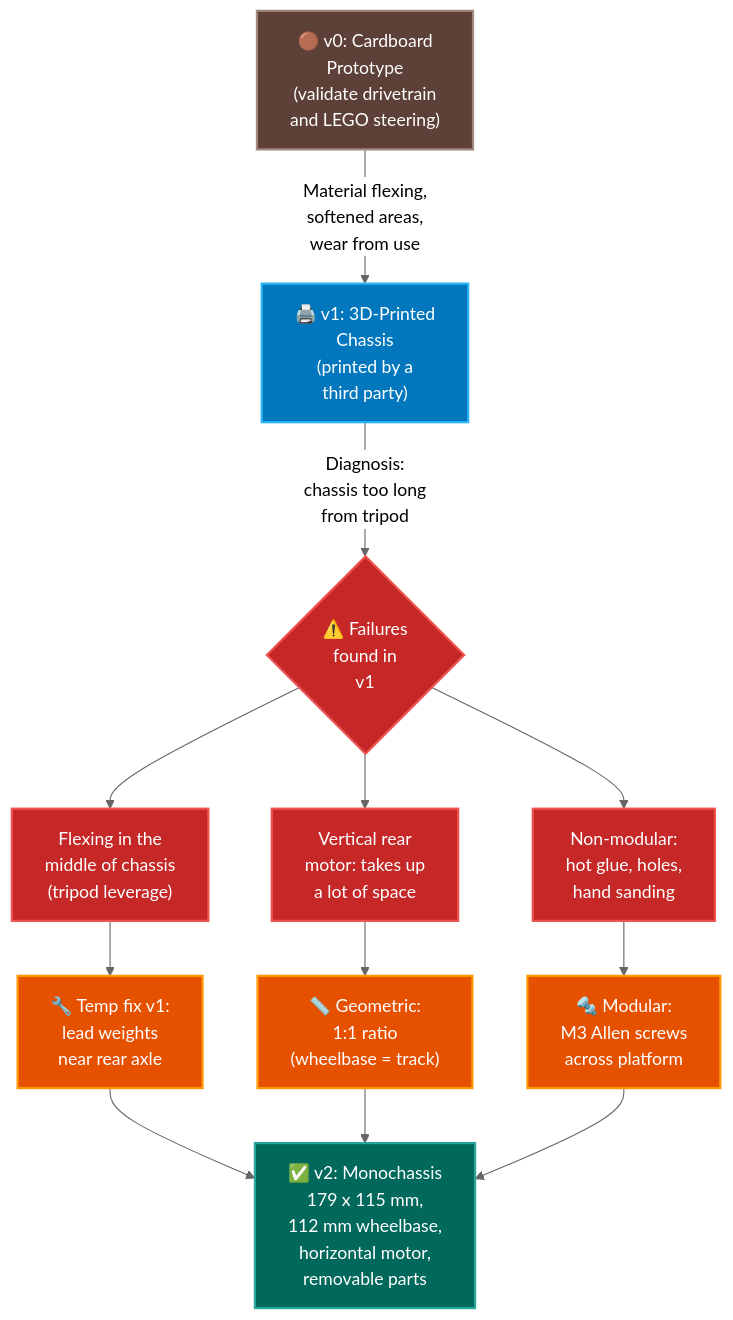
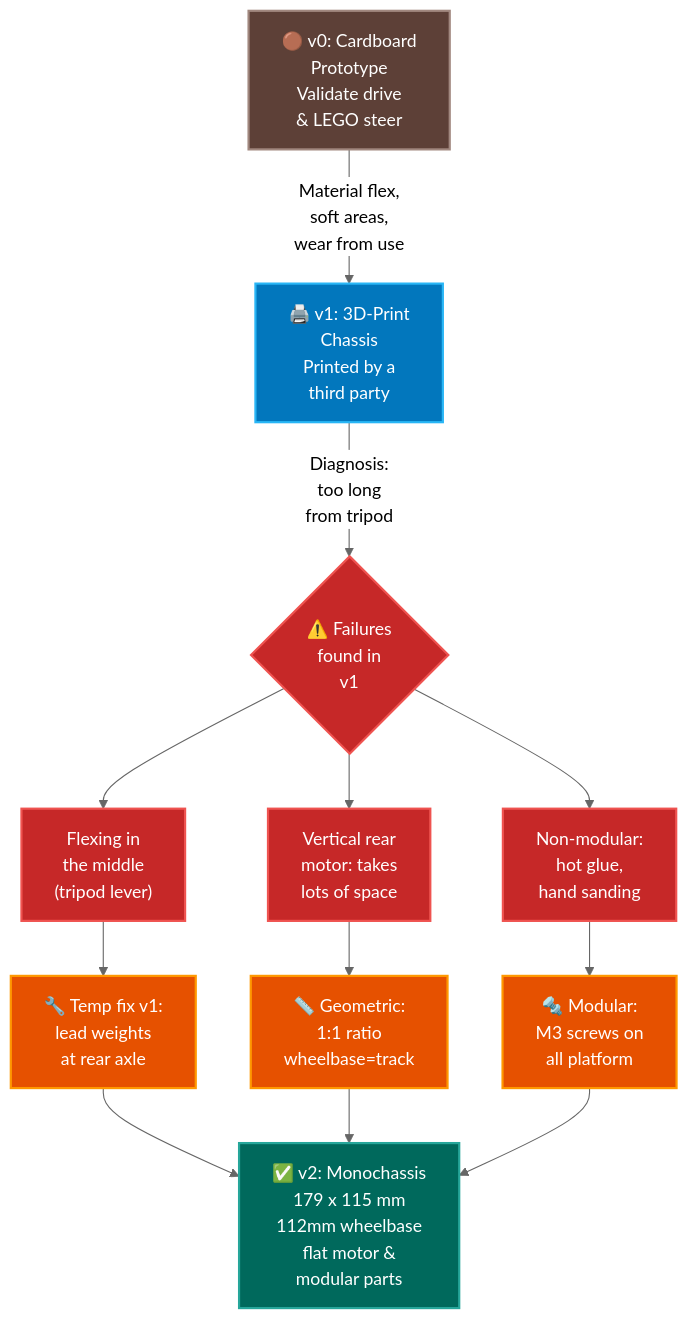
The ninth of 20 diagrams in README.md (erchivox/Prometheus-Team-2026), drawn with Mermaid (neutral theme) before and after one commit.

````diff
--- a/README.md
+++ b/README.md
@@ -1386,24 +1386,24 @@
 ```mermaid
 graph TD
     classDef v0 fill:#5d4037,stroke:#a1887f,stroke-width:2px,color:#fff;
     classDef v1 fill:#0277bd,stroke:#29b6f6,stroke-width:2px,color:#fff;
     classDef fail fill:#c62828,stroke:#ef5350,stroke-width:2px,color:#fff;
     classDef fix fill:#e65100,stroke:#ff9800,stroke-width:2px,color:#fff;
     classDef v2 fill:#00695c,stroke:#26a69a,stroke-width:2px,color:#fff;
 
-    A["🟤 v0: Cardboard<br>Prototype<br>(validate drivetrain<br>and LEGO steering)"]:::v0 -->|"Material flexing,<br>softened areas,<br>wear from use"| B["🖨️ v1: 3D-Printed<br>Chassis<br>(printed by a<br>third party)"]:::v1
+    A["🟤 v0: Cardboard<br>Prototype<br>Validate drive<br>& LEGO steer"]:::v0 -->|"Material flex,<br>soft areas,<br>wear from use"| B["🖨️ v1: 3D-Print<br>Chassis<br>Printed by a<br>third party"]:::v1
 
-    B -->|"Diagnosis:<br>chassis too long<br>from tripod"| C{"⚠️ Failures<br>found in<br>v1"}:::fail
+    B -->|"Diagnosis:<br>too long<br>from tripod"| C{"⚠️ Failures<br>found in<br>v1"}:::fail
 
-    C --> C1["Flexing in the<br>middle of chassis<br>(tripod leverage)"]:::fail
-    C --> C2["Vertical rear<br>motor: takes up<br>a lot of space"]:::fail
-    C --> C3["Non-modular:<br>hot glue, holes,<br>hand sanding"]:::fail
+    C --> C1["Flexing in<br>the middle<br>(tripod lever)"]:::fail
+    C --> C2["Vertical rear<br>motor: takes<br>lots of space"]:::fail
+    C --> C3["Non-modular:<br>hot glue,<br>hand sanding"]:::fail
 
-    C1 --> D["🔧 Temp fix v1:<br>lead weights<br>near rear axle"]:::fix
-    C2 --> E["📏 Geometric:<br>1:1 ratio<br>(wheelbase = track)"]:::fix
-    C3 --> F["🔩 Modular:<br>M3 Allen screws<br>across platform"]:::fix
+    C1 --> D["🔧 Temp fix v1:<br>lead weights<br>at rear axle"]:::fix
+    C2 --> E["📏 Geometric:<br>1:1 ratio<br>wheelbase=track"]:::fix
+    C3 --> F["🔩 Modular:<br>M3 screws on<br>all platform"]:::fix
 
-    D --> G["✅ v2: Monochassis<br>179 x 115 mm,<br>112 mm wheelbase,<br>horizontal motor,<br>removable parts"]:::v2
+    D --> G["✅ v2: Monochassis<br>179 x 115 mm<br>112mm wheelbase<br>flat motor &<br>modular parts"]:::v2
     E --> G
     F --> G
 ```
````
